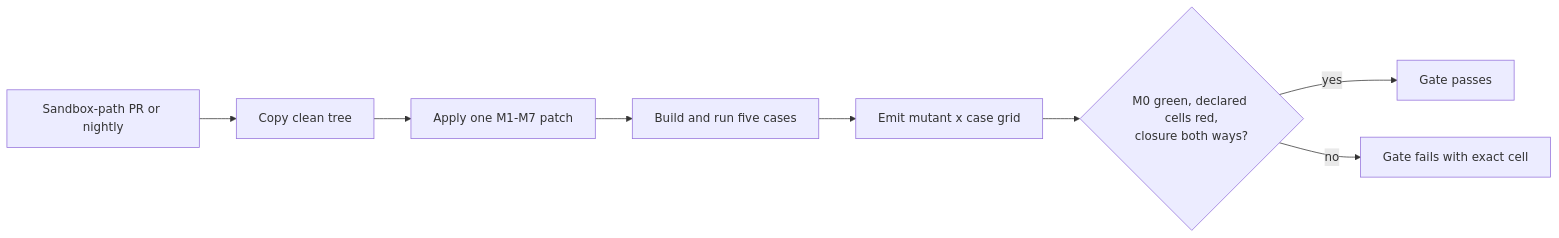
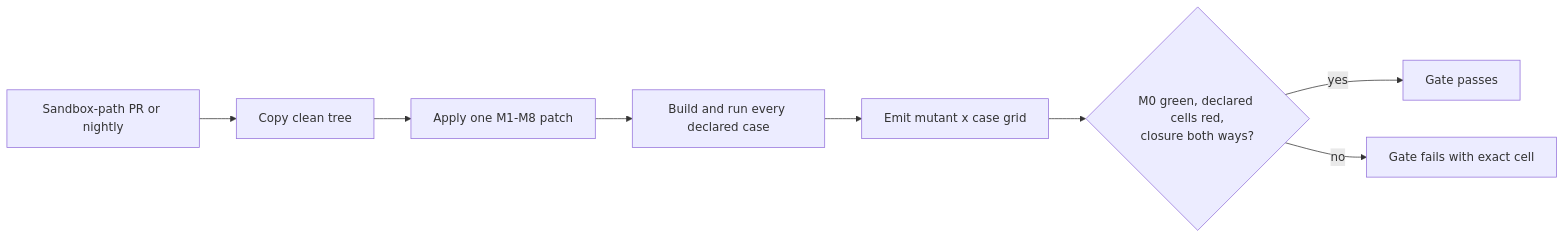
One commit to tom2025b/git-vista changed the diagram in docs/RELEASE_GATES.md. Above: the diagram before and after it, drawn with Mermaid. The commit also changed other lines of this file and 3 other files, not shown here.

````diff
--- a/docs/RELEASE_GATES.md
+++ b/docs/RELEASE_GATES.md
@@ -461,10 +464,10 @@
 ```mermaid
 flowchart LR
     T[Sandbox-path PR or nightly] --> C[Copy clean tree]
-    C --> M[Apply one M1-M7 patch]
-    M --> B[Build and run five cases]
+    C --> M[Apply one M1-M8 patch]
+    M --> B[Build and run every declared case]
     B --> G[Emit mutant x case grid]
     G --> A{M0 green, declared cells red,<br/>closure both ways?}
     A -->|yes| P[Gate passes]
     A -->|no| F[Gate fails with exact cell]
 ```
````
